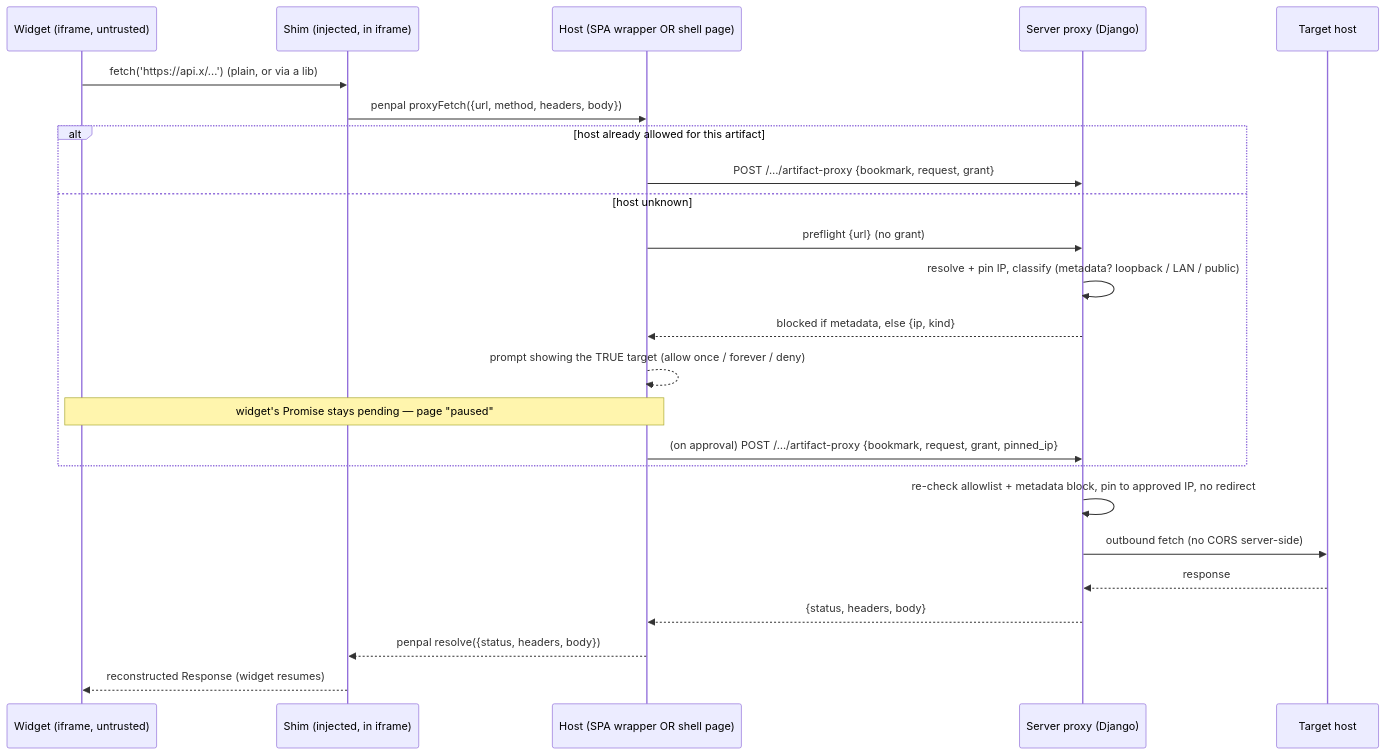
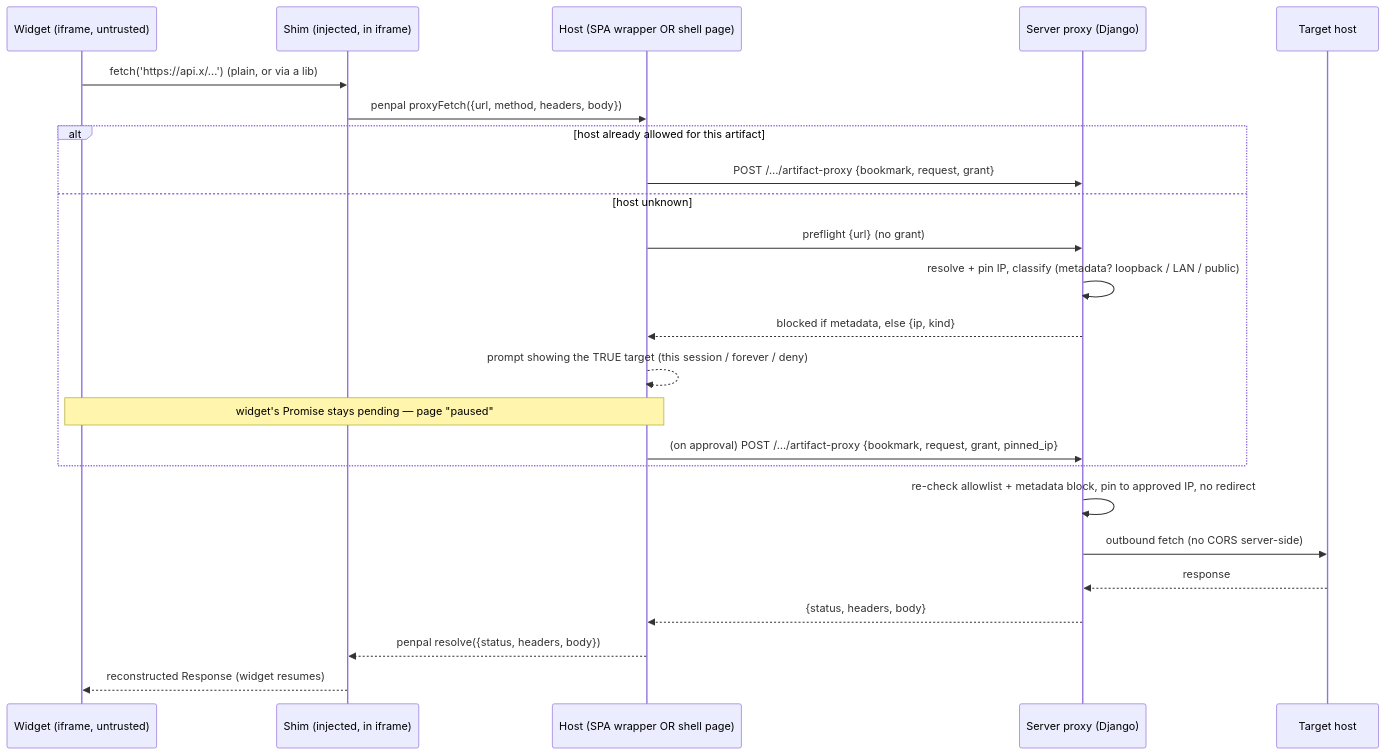
The diagram in docs/plans/2026-06-18-artifact-network-broker-design.md (dguerizec/twicc), drawn with Mermaid before and after one commit. The commit also changed other lines of this file and 1 other file, not shown here.

First line of the commit message:
docs(artifacts): refresh §9 + hand-off — session module cache + dialog rework

````diff
--- a/docs/plans/2026-06-18-artifact-network-broker-design.md
+++ b/docs/plans/2026-06-18-artifact-network-broker-design.md
@@ -141,27 +141,27 @@
 ```mermaid
 sequenceDiagram
     participant W as Widget (iframe, untrusted)
     participant S as Shim (injected, in iframe)
     participant H as Host (SPA wrapper OR shell page)
     participant P as Server proxy (Django)
     participant X as Target host
 
     W->>S: fetch('https://api.x/...')  (plain, or via a lib)
     S->>H: penpal proxyFetch({url, method, headers, body})
     alt host already allowed for this artifact
         H->>P: POST /…/artifact-proxy {bookmark, request, grant}
     else host unknown
         H->>P: preflight {url}  (no grant)
         P->>P: resolve + pin IP, classify (metadata? loopback / LAN / public)
         P-->>H: blocked if metadata, else {ip, kind}
-        H-->>H: prompt showing the TRUE target (allow once / forever / deny)
+        H-->>H: prompt showing the TRUE target (this session / forever / deny)
         Note over W,H: widget's Promise stays pending — page "paused"
         H->>P: (on approval) POST /…/artifact-proxy {bookmark, request, grant, pinned_ip}
     end
     P->>P: re-check allowlist + metadata block, pin to approved IP, no redirect
     P->>X: outbound fetch (no CORS server-side)
     X-->>P: response
     P-->>H: {status, headers, body}
     H-->>S: penpal resolve({status, headers, body})
     S-->>W: reconstructed Response  (widget resumes)
 ```
````
